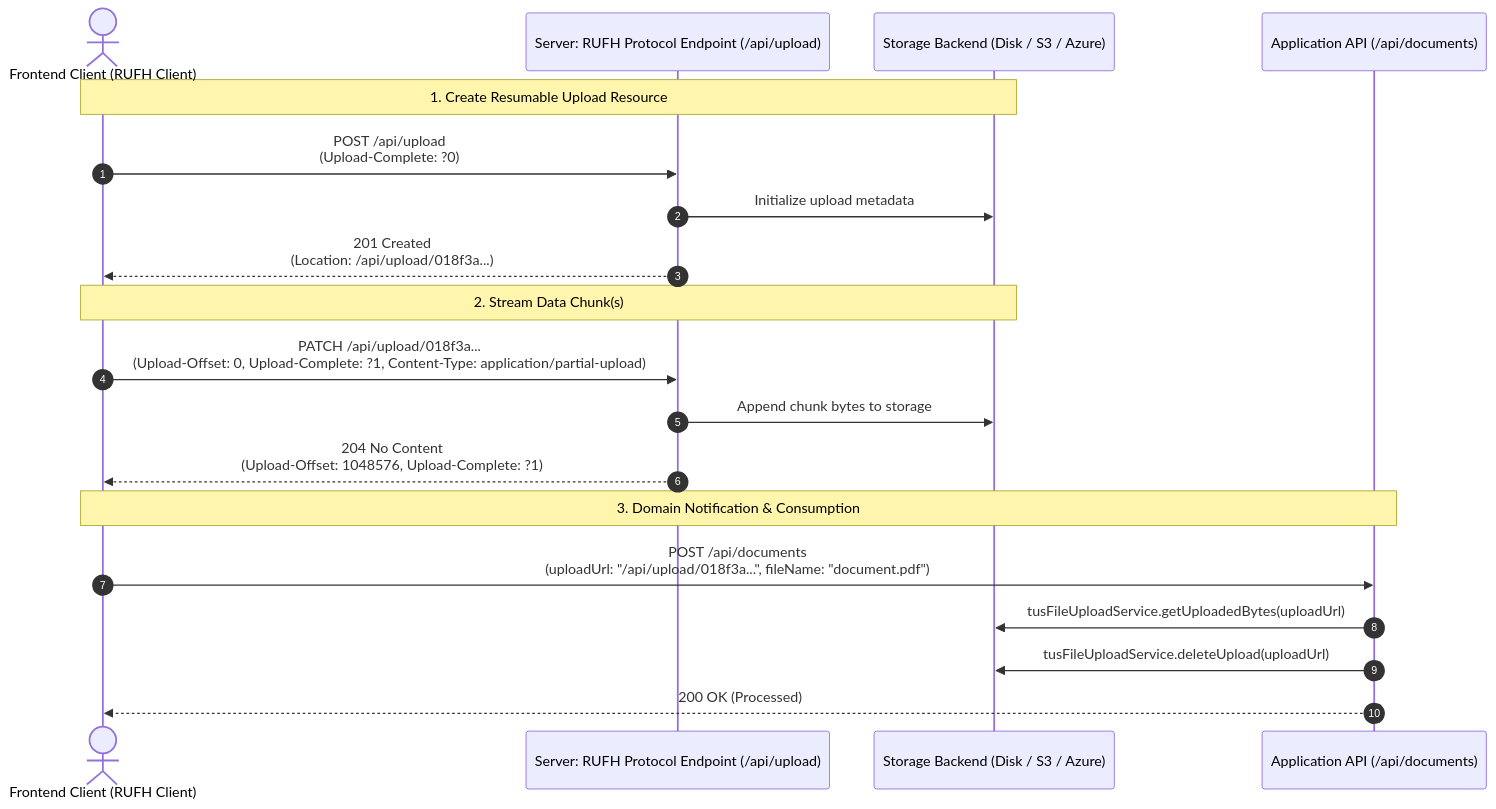
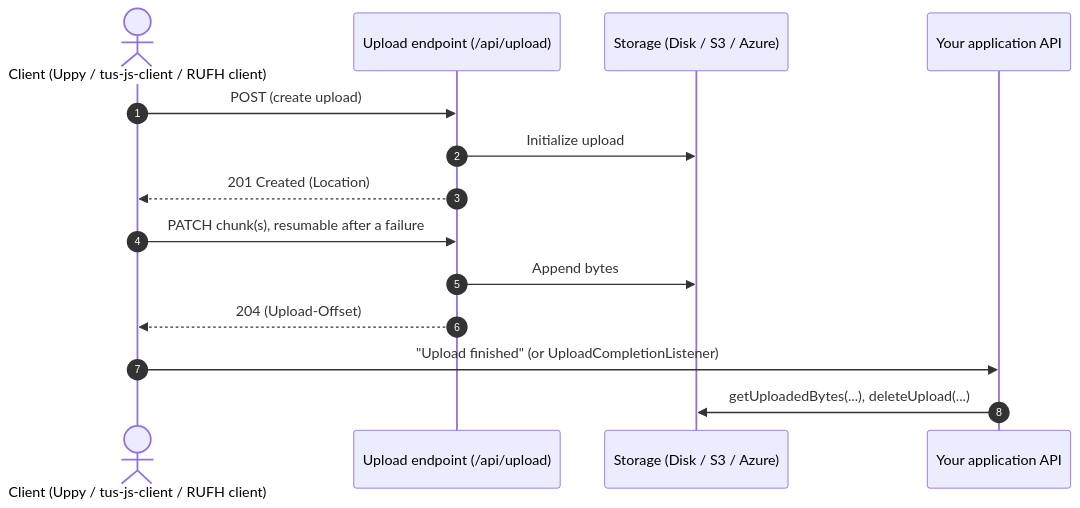
Before and after one commit to tomdesair/tus-java-server: the diagram in README.md, drawn with Mermaid. The commit also changed other lines of this file and 20 other files, not shown here.

Commit message:
docs: add architecture guide and overhaul project documentation

````diff
--- a/README.md
+++ b/README.md
@@ -77,24 +255,17 @@
 ```mermaid
 sequenceDiagram
     autonumber
-    actor Client as Frontend Client (RUFH Client)
-    participant ProtocolEndpoint as Server: RUFH Protocol Endpoint (/api/upload)
-    participant Storage as Storage Backend (Disk / S3 / Azure)
-    participant AppEndpoint as Application API (/api/documents)
+    actor Client as Client (Uppy / tus-js-client / RUFH client)
+    participant Protocol as Upload endpoint (/api/upload)
+    participant Storage as Storage (Disk / S3 / Azure)
+    participant App as Your application API
 
-    Note over Client,Storage: 1. Create Resumable Upload Resource
-    Client->>ProtocolEndpoint: POST /api/upload<br/>(Upload-Complete: ?0)
-    ProtocolEndpoint->>Storage: Initialize upload metadata
-    ProtocolEndpoint-->>Client: 201 Created<br/>(Location: /api/upload/018f3a...)
-
-    Note over Client,Storage: 2. Stream Data Chunk(s)
-    Client->>ProtocolEndpoint: PATCH /api/upload/018f3a...<br/>(Upload-Offset: 0, Upload-Complete: ?1, Content-Type: application/partial-upload)
-    ProtocolEndpoint->>Storage: Append chunk bytes to storage
-    ProtocolEndpoint-->>Client: 204 No Content<br/>(Upload-Offset: 1048576, Upload-Complete: ?1)
-
-    Note over Client,AppEndpoint: 3. Domain Notification & Consumption
-    Client->>AppEndpoint: POST /api/documents<br/>(uploadUrl: "/api/upload/018f3a...", fileName: "document.pdf")
-    AppEndpoint->>Storage: tusFileUploadService.getUploadedBytes(uploadUrl)
-    AppEndpoint->>Storage: tusFileUploadService.deleteUpload(uploadUrl)
-    AppEndpoint-->>Client: 200 OK (Processed)
+    Client->>Protocol: POST (create upload)
+    Protocol->>Storage: Initialize upload
+    Protocol-->>Client: 201 Created (Location)
+    Client->>Protocol: PATCH chunk(s), resumable after a failure
+    Protocol->>Storage: Append bytes
+    Protocol-->>Client: 204 (Upload-Offset)
+    Client->>App: "Upload finished" (or UploadCompletionListener)
+    App->>Storage: getUploadedBytes(...), deleteUpload(...)
 ```
````
